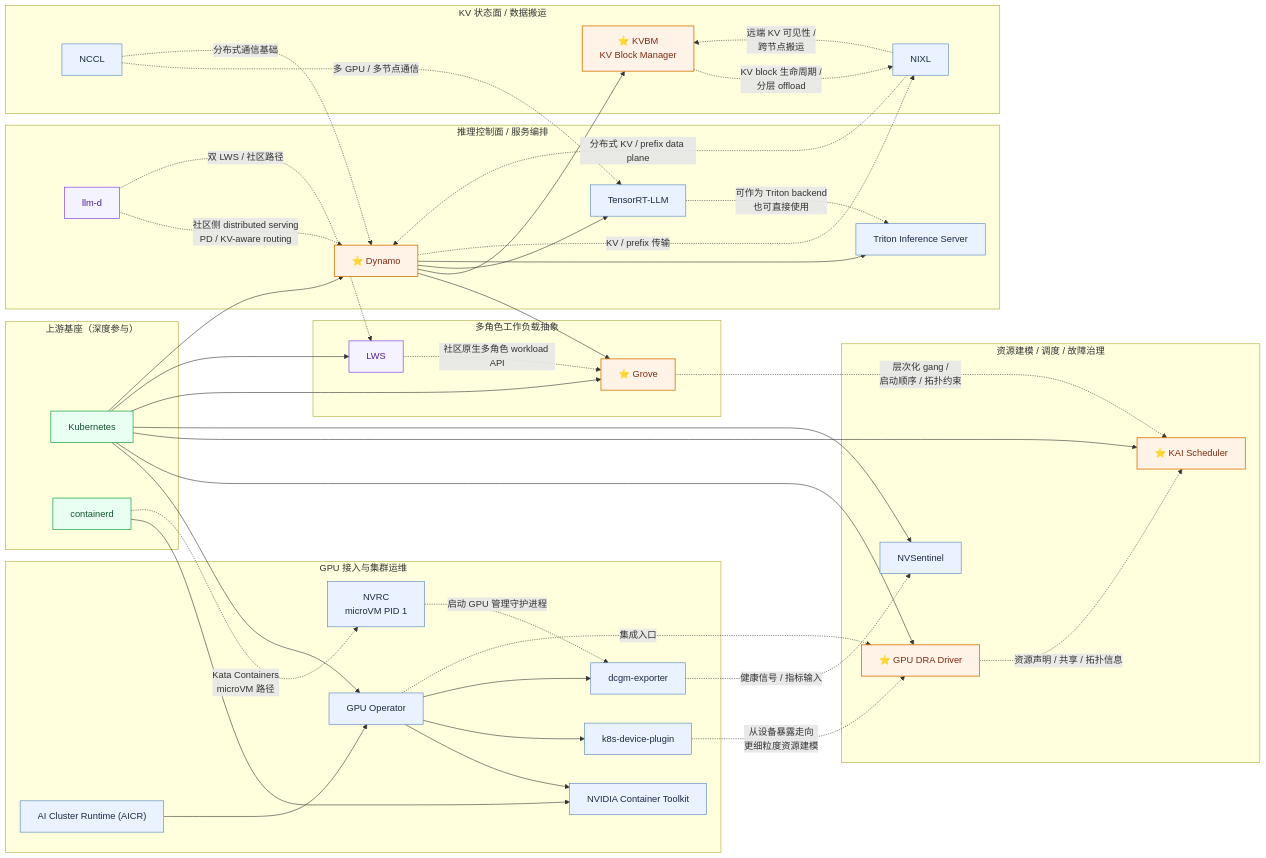
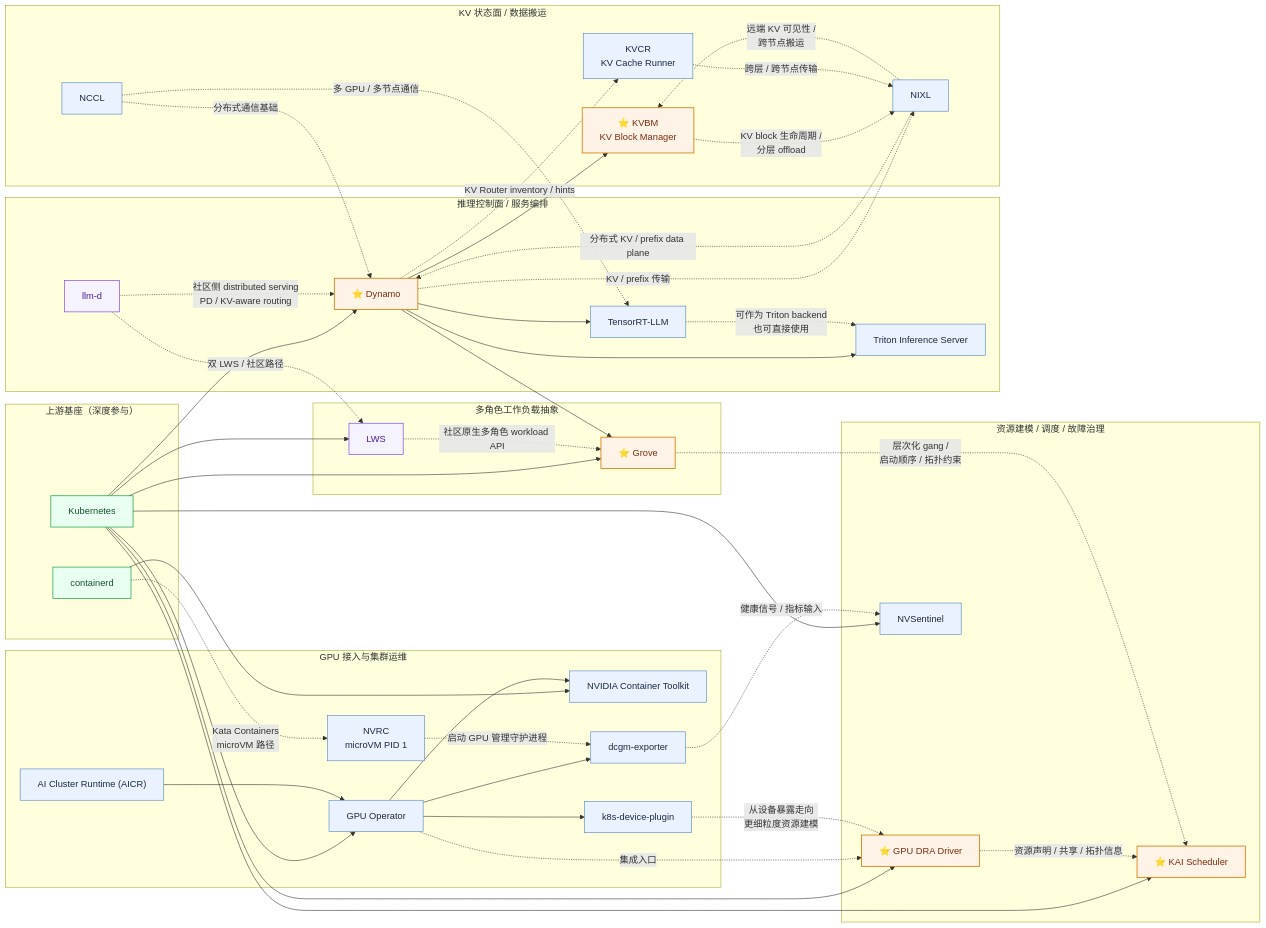
The diagram in case-study/nvidia.md (warmchang/AI-Infra), drawn with Mermaid before and after one commit. The commit also changed other lines of this file and 2 other files, not shown here.

Commit message:
docs: add KVCR to Dynamo KV landscape

````diff
--- a/case-study/nvidia.md
+++ b/case-study/nvidia.md
@@ -43,6 +43,7 @@
 
   subgraph STATE["KV 状态面 / 数据搬运"]
     KVBM["⭐ KVBM<br/>KV Block Manager"]
+    KVCR["KVCR<br/>KV Cache Runner"]
     NIXL["NIXL"]
     NCCL["NCCL"]
   end
@@ -78,11 +79,13 @@
 
   %% serving / state plane
   DYN --> KVBM
+  DYN -. "KV Router inventory / hints" .-> KVCR
   DYN --> TRT
   DYN --> TRITON
   LLMD -. "社区侧 distributed serving\nPD / KV-aware routing" .-> DYN
   LLMD -. "双 LWS / 社区路径" .-> LWS
   KVBM -. "KV block 生命周期 /\n分层 offload" .-> NIXL
+  KVCR -. "跨层 / 跨节点传输" .-> NIXL
   DYN -. "KV / prefix 传输" .-> NIXL
   TRT -. "可作为 Triton backend\n也可直接使用" .-> TRITON
 
@@ -98,7 +101,7 @@
   classDef bridge fill:#f5f3ff,stroke:#7c3aed,color:#4c1d95,stroke-width:1.1px;
 
   class KAI,DRA,DYN,GROVE,KVBM star;
-  class GPO,CTK,NVRC,KDP,DCGM,AICR,NVS,TRT,TRITON,NIXL,NCCL normal;
+  class GPO,CTK,NVRC,KDP,DCGM,AICR,NVS,TRT,TRITON,KVCR,NIXL,NCCL normal;
   class LLMD,LWS bridge;
   class K8S,CTD base;
 ```
````
